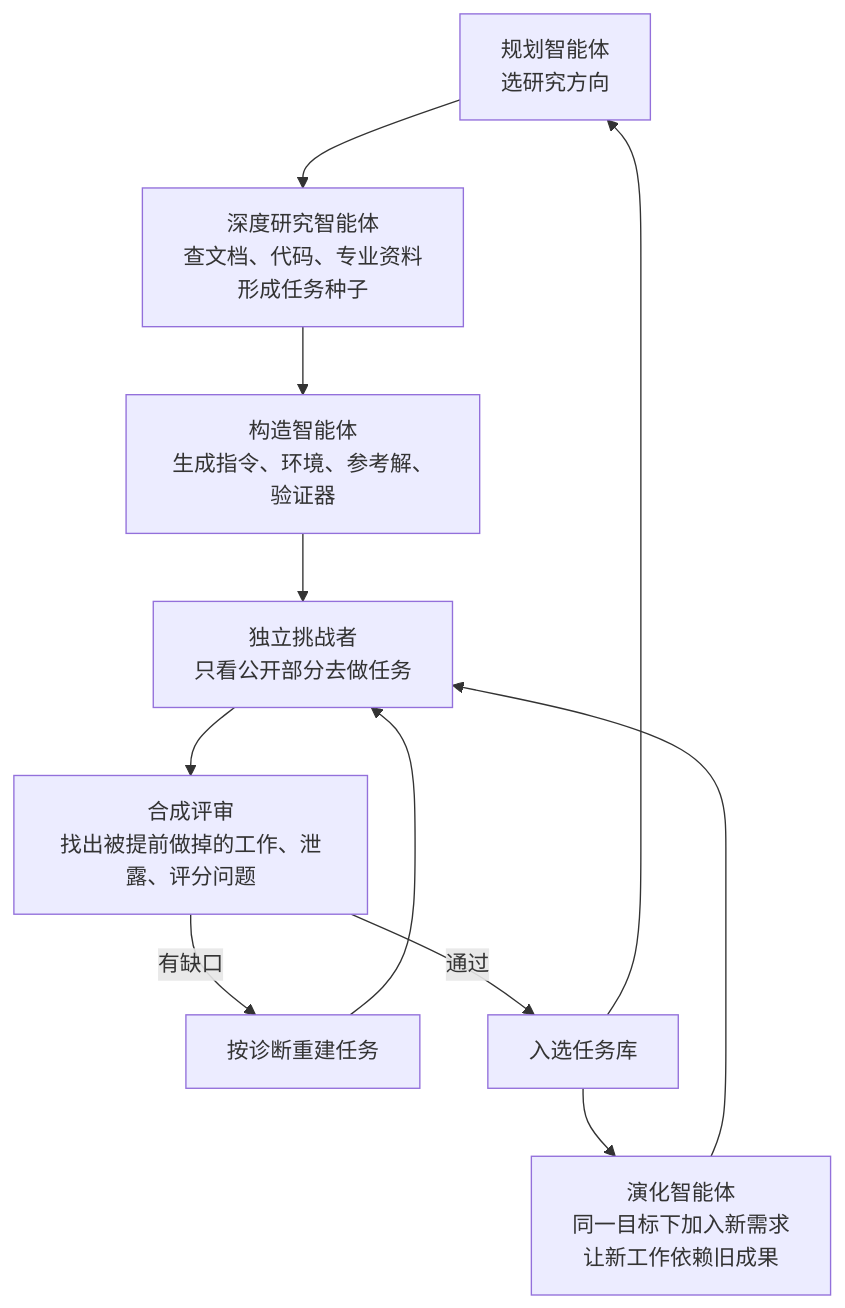
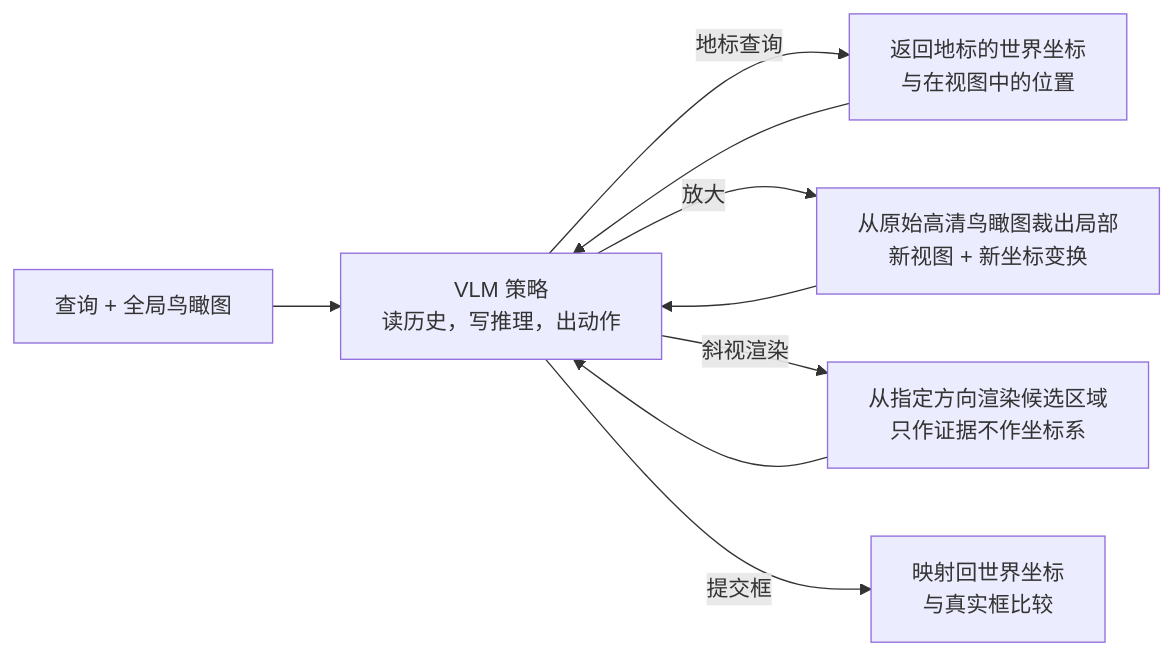
The second of 3 diagrams in docs/index.md (yingwang/paper-reads), drawn with Mermaid before and after one commit. The commit also changed other lines of this file and 2 other files, not shown here.

````diff
--- a/docs/index.md
+++ b/docs/index.md
@@ -96,12 +79,11 @@
 ```mermaid
-graph TD
-    P[规划智能体<br/>选研究方向] --> R[深度研究智能体<br/>查文档、代码、专业资料<br/>形成任务种子]
-    R --> C[构造智能体<br/>生成指令、环境、参考解、验证器]
-    C --> X[独立挑战者<br/>只看公开部分去做任务]
-    X --> D[合成评审<br/>找出被提前做掉的工作、泄露、评分问题]
-    D -->|有缺口| F[按诊断重建任务] --> X
-    D -->|通过| A[入选任务库]
-    A --> E[演化智能体<br/>同一目标下加入新需求<br/>让新工作依赖旧成果]
-    E --> X
-    A --> P
+graph LR
+    Q[查询 + 全局鸟瞰图] --> P[VLM 策略<br/>读历史，写推理，出动作]
+    P -->|地标查询| L[返回地标的世界坐标<br/>与在视图中的位置]
+    P -->|放大| Z[从原始高清鸟瞰图裁出局部<br/>新视图 + 新坐标变换]
+    P -->|斜视渲染| O[从指定方向渲染候选区域<br/>只作证据不作坐标系]
+    L --> P
+    Z --> P
+    O --> P
+    P -->|提交框| F[映射回世界坐标<br/>与真实框比较]
 ```
````
